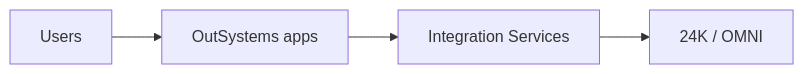
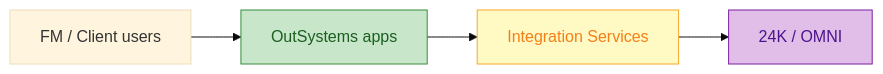
The diagram in README.md (willtran112358/fm-work-order-hub-outsystems), drawn with Mermaid before and after one commit. The commit also changed other lines of this file and 5 other files, not shown here.

First line of the commit message:
Add Mermaid diagrams for ODC dev environment and senior practice plan.

````diff
--- a/README.md
+++ b/README.md
@@ -76,6 +77,11 @@
 ```mermaid
+%%{init: {'theme': 'base'}}%%
 flowchart LR
-    Users --> OSE[OutSystems apps]
-    OSE --> INT[Integration Services]
-    INT --> K24[24K / OMNI]
+    classDef ux fill:#c8e6c9,stroke:#388e3c,color:#1b5e20
+    classDef int fill:#fff9c4,stroke:#f9a825,color:#f57f17
+    classDef core fill:#e1bee7,stroke:#7b1fa2,color:#4a148c
+
+    Users["FM / Client users"] --> OSE["OutSystems apps"]:::ux
+    OSE --> INT["Integration Services"]:::int
+    INT --> K24["24K / OMNI"]:::core
 ```
````
